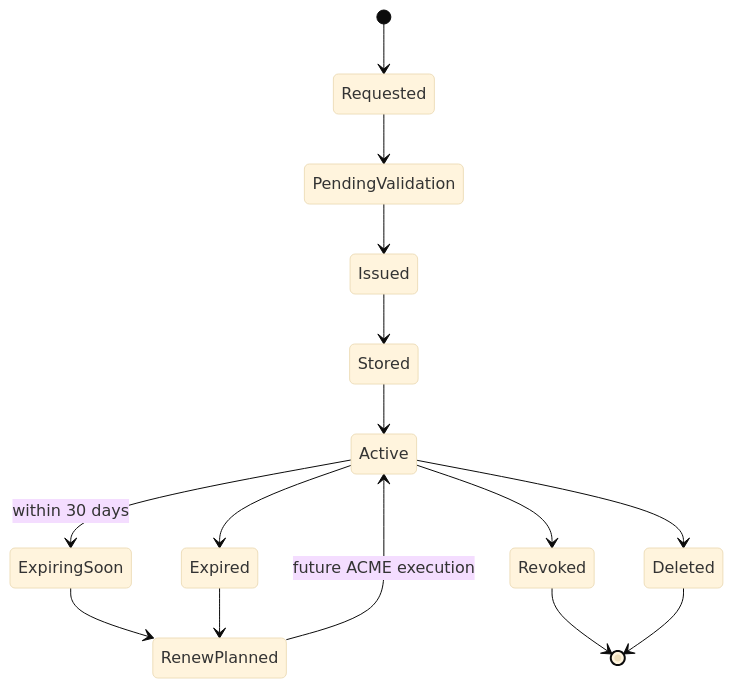
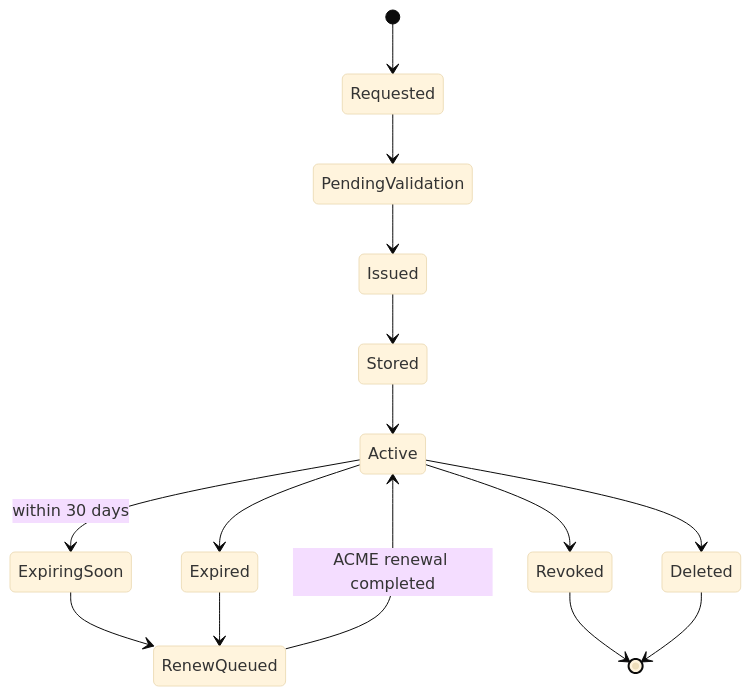
One commit to Somirk134/Gate changed the first of 4 diagrams in server/tls/docs/tls_infrastructure.md. Above: the diagram before and after it, drawn with Mermaid (base theme). The commit also changed other lines of this file and 427 other files, not shown here.

````diff
--- a/server/tls/docs/tls_infrastructure.md
+++ b/server/tls/docs/tls_infrastructure.md
@@ -8,17 +8,17 @@
 ```mermaid
 stateDiagram-v2
     [*] --> Requested
     Requested --> PendingValidation
     PendingValidation --> Issued
     Issued --> Stored
     Stored --> Active
     Active --> ExpiringSoon: within 30 days
-    ExpiringSoon --> RenewPlanned
-    RenewPlanned --> Active: future ACME execution
+    ExpiringSoon --> RenewQueued
+    RenewQueued --> Active: ACME renewal completed
     Active --> Expired
     Active --> Revoked
     Active --> Deleted
-    Expired --> RenewPlanned
+    Expired --> RenewQueued
     Revoked --> [*]
     Deleted --> [*]
 ```
````
